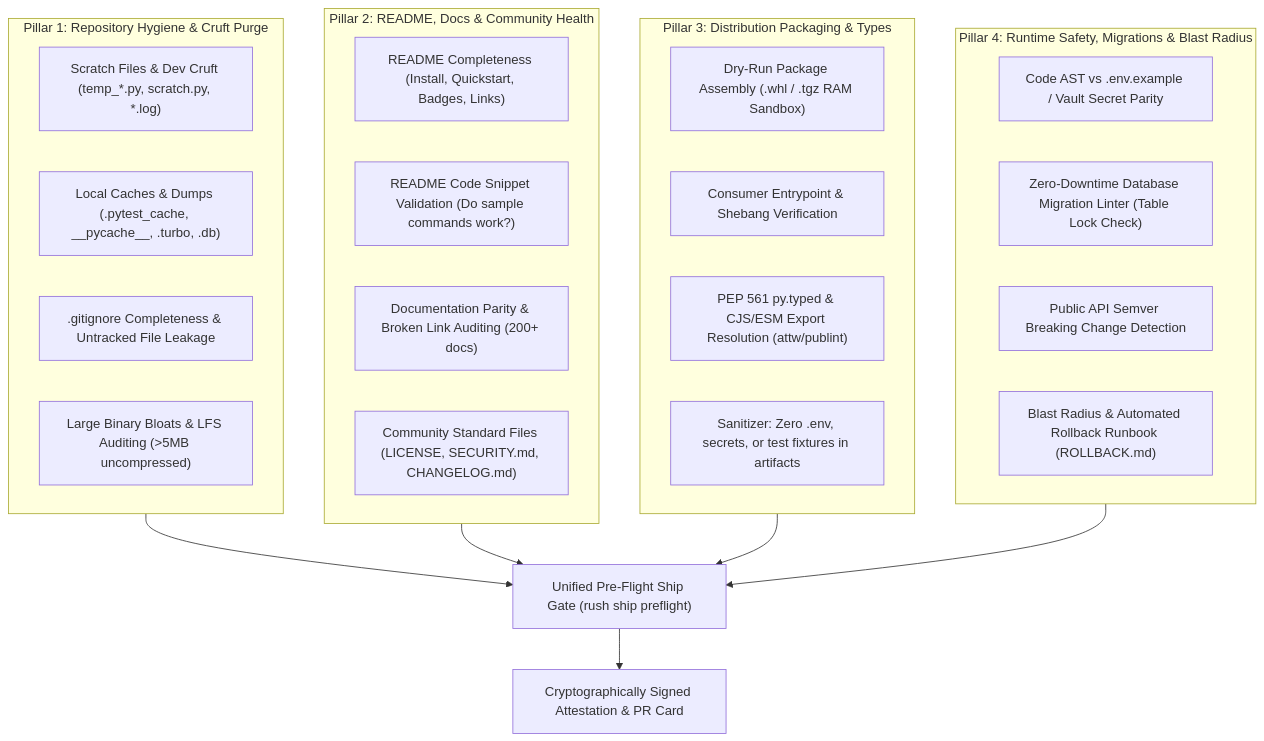
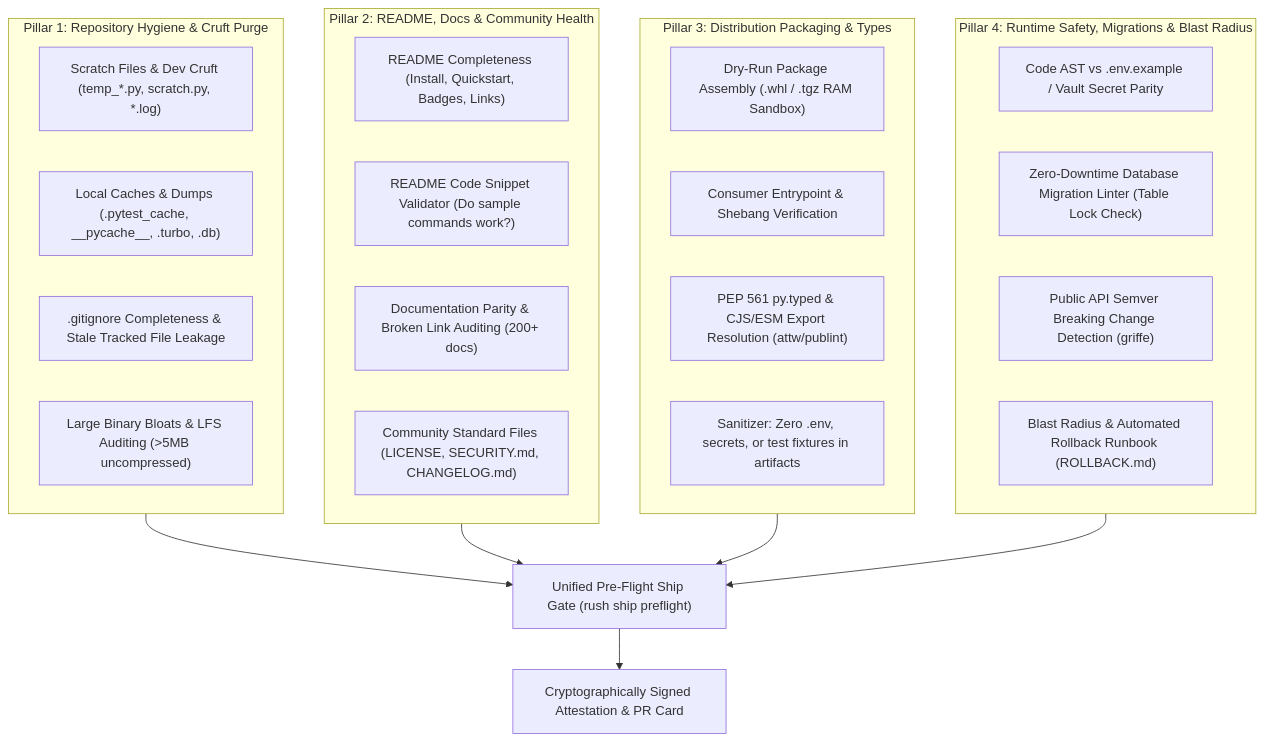
Before and after one commit to jamesdsizemore/rush-cli: the second of 2 diagrams in docs/developer/ship-readiness-deep-research-report.md, drawn with Mermaid. The commit also changed other lines of this file, not shown here.

````diff
--- a/docs/developer/ship-readiness-deep-research-report.md
+++ b/docs/developer/ship-readiness-deep-research-report.md
@@ -67,33 +128,33 @@
 ```mermaid
 flowchart TD
     subgraph P1["Pillar 1: Repository Hygiene & Cruft Purge"]
         C1["Scratch Files & Dev Cruft (temp_*.py, scratch.py, *.log)"]
         C2["Local Caches & Dumps (.pytest_cache, __pycache__, .turbo, .db)"]
-        C3[".gitignore Completeness & Untracked File Leakage"]
+        C3[".gitignore Completeness & Stale Tracked File Leakage"]
         C4["Large Binary Bloats & LFS Auditing (>5MB uncompressed)"]
     end
 
     subgraph P2["Pillar 2: README, Docs & Community Health"]
         D1["README Completeness (Install, Quickstart, Badges, Links)"]
-        D2["README Code Snippet Validation (Do sample commands work?)"]
+        D2["README Code Snippet Validator (Do sample commands work?)"]
         D3["Documentation Parity & Broken Link Auditing (200+ docs)"]
         D4["Community Standard Files (LICENSE, SECURITY.md, CHANGELOG.md)"]
     end
 
     subgraph P3["Pillar 3: Distribution Packaging & Types"]
         T1["Dry-Run Package Assembly (.whl / .tgz RAM Sandbox)"]
         T2["Consumer Entrypoint & Shebang Verification"]
         T3["PEP 561 py.typed & CJS/ESM Export Resolution (attw/publint)"]
         T4["Sanitizer: Zero .env, secrets, or test fixtures in artifacts"]
     end
 
     subgraph P4["Pillar 4: Runtime Safety, Migrations & Blast Radius"]
         R1["Code AST vs .env.example / Vault Secret Parity"]
         R2["Zero-Downtime Database Migration Linter (Table Lock Check)"]
-        R3["Public API Semver Breaking Change Detection"]
+        R3["Public API Semver Breaking Change Detection (griffe)"]
         R4["Blast Radius & Automated Rollback Runbook (ROLLBACK.md)"]
     end
 
     P1 & P2 & P3 & P4 --> PreflightGate["Unified Pre-Flight Ship Gate (rush ship preflight)"]
     PreflightGate --> Attestation["Cryptographically Signed Attestation & PR Card"]
 ```
````
